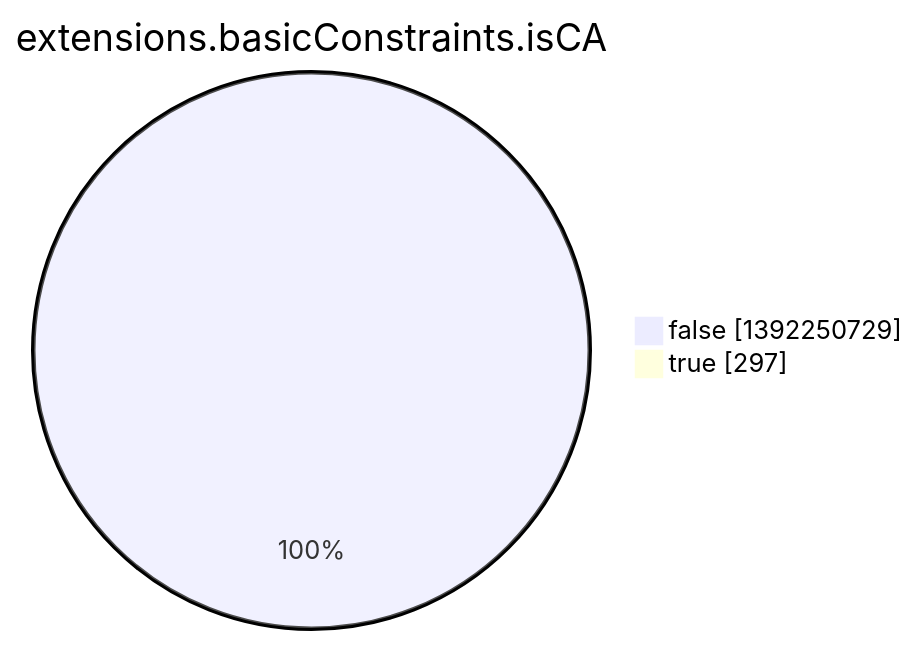
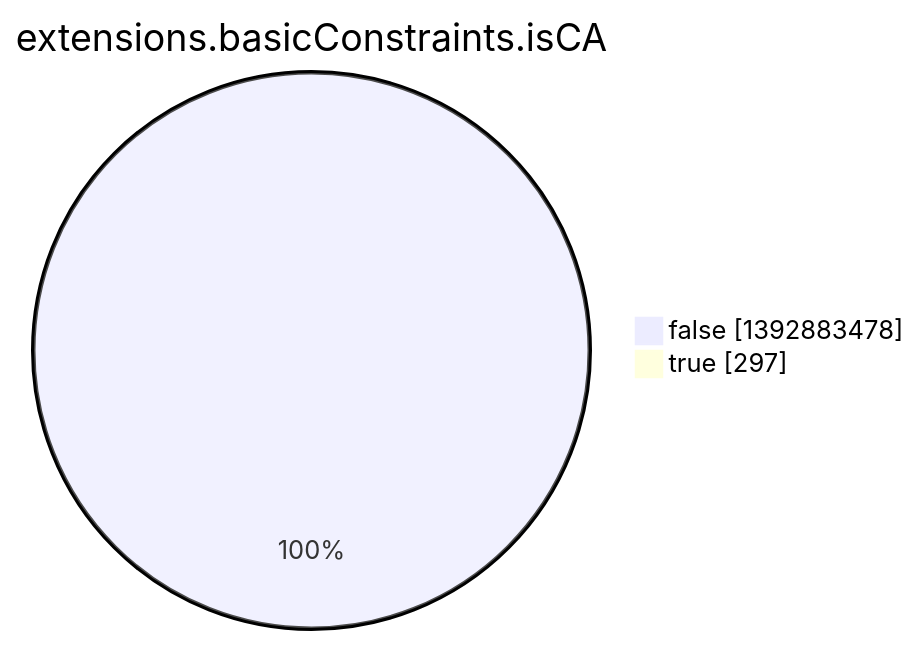
The eighth of 15 diagrams in argon2022/README.md (christiankrug/ctmonitor_visualization), drawn with Mermaid before and after one commit. The commit also changed other lines of this file, not shown here.

````diff
--- a/argon2022/README.md
+++ b/argon2022/README.md
@@ -2759,6 +2759,6 @@
 ```mermaid
 pie showData
 title extensions.basicConstraints.isCA
-"false" :1392250729
+"false" :1392883478
 "true" :297
 ```
````
